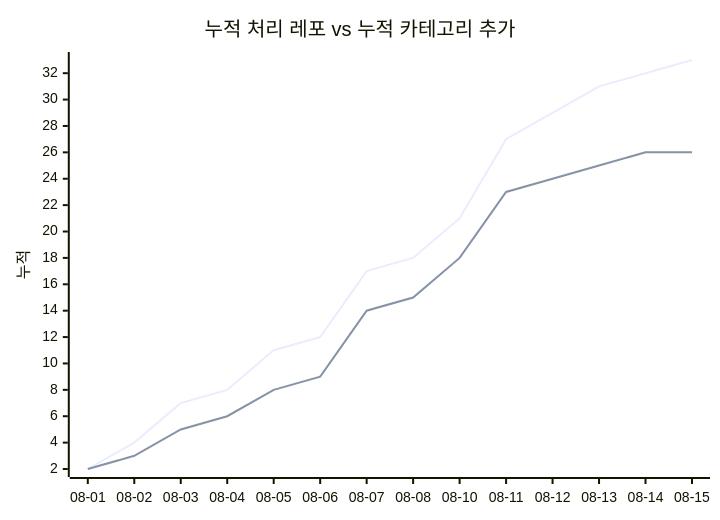
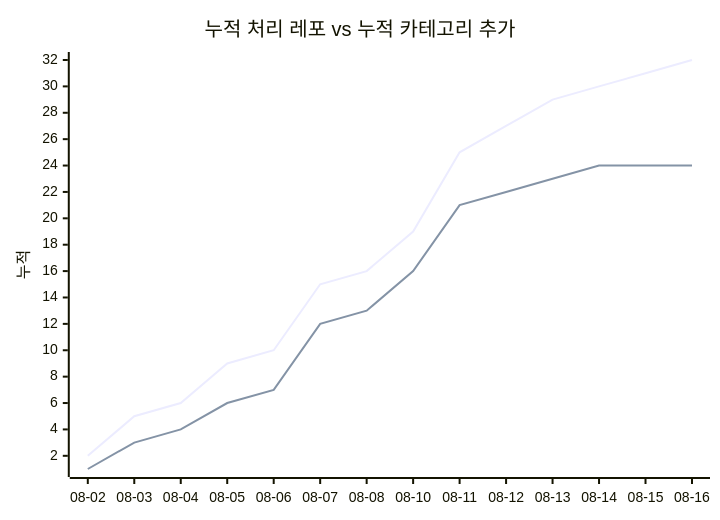
One commit to J-nowcow/awesome-korean-agent-skills changed the second of 2 diagrams in docs/trends.md. Above: the diagram before and after it, drawn with Mermaid. The commit also changed other lines of this file and 2 other files, not shown here.

````diff
--- a/docs/trends.md
+++ b/docs/trends.md
@@ -68,8 +68,8 @@
 ```mermaid
 xychart-beta
     title "누적 처리 레포 vs 누적 카테고리 추가"
-    x-axis ["08-01","08-02","08-03","08-04","08-05","08-06","08-07","08-08","08-10","08-11","08-12","08-13","08-14","08-15"]
+    x-axis ["08-02","08-03","08-04","08-05","08-06","08-07","08-08","08-10","08-11","08-12","08-13","08-14","08-15","08-16"]
     y-axis "누적"
-    line [2,4,7,8,11,12,17,18,21,27,29,31,32,33]
-    line [2,3,5,6,8,9,14,15,18,23,24,25,26,26]
+    line [2,5,6,9,10,15,16,19,25,27,29,30,31,32]
+    line [1,3,4,6,7,12,13,16,21,22,23,24,24,24]
 ```
````
